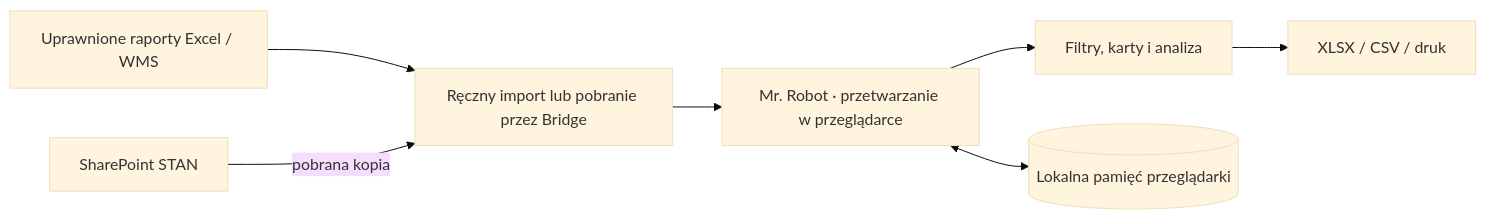
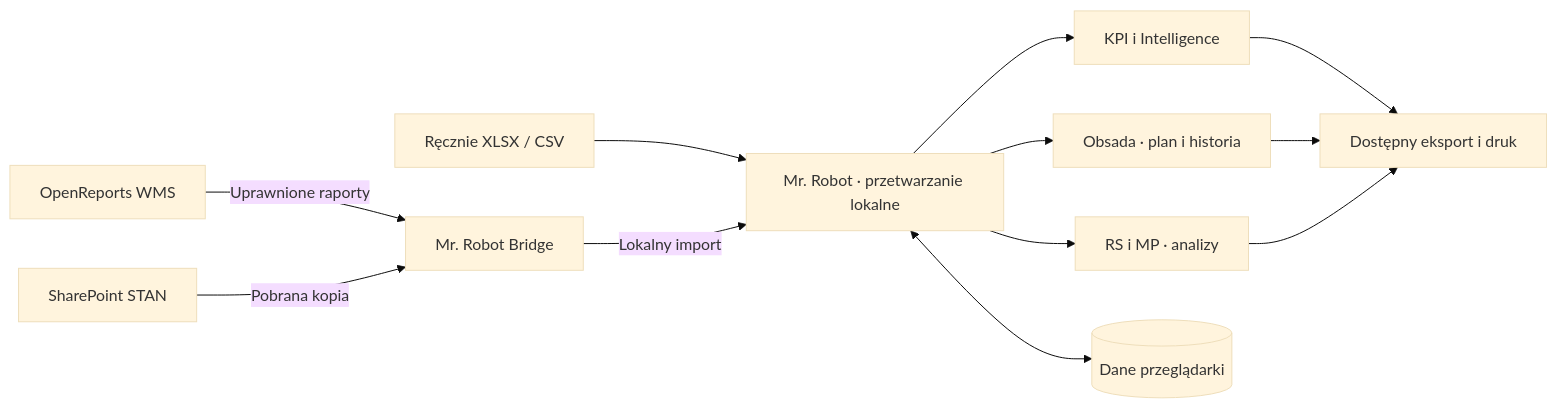
Before and after one commit to horkiroman4408-cyber/Mr.-Robot-App: the diagram in README.pl.md, drawn with Mermaid (base theme). The commit also changed other lines of this file and 2 other files, not shown here.

````diff
--- a/README.pl.md
+++ b/README.pl.md
@@ -128,9 +143,14 @@
 ```mermaid
 flowchart LR
-    A[Uprawnione raporty Excel / WMS] --> B[Ręczny import lub pobranie przez Bridge]
-    B --> C[Mr. Robot · przetwarzanie w przeglądarce]
-    C --> D[Filtry, karty i analiza]
-    D --> E[XLSX / CSV / druk]
-    C <--> F[(Lokalna pamięć przeglądarki)]
-    G[SharePoint STAN] -->|pobrana kopia| B
+    A[OpenReports WMS] -->|Uprawnione raporty| B[Mr. Robot Bridge]
+    S[SharePoint STAN] -->|Pobrana kopia| B
+    M[Ręcznie XLSX / CSV] --> C[Mr. Robot · przetwarzanie lokalne]
+    B -->|Lokalny import| C
+    C --> D[KPI i Intelligence]
+    C --> E[Obsada · plan i historia]
+    C --> F[RS i MP · analizy]
+    D --> X[Dostępny eksport i druk]
+    E --> X
+    F --> X
+    C <--> L[(Dane przeglądarki)]
 ```
````
